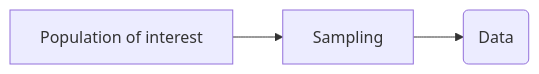
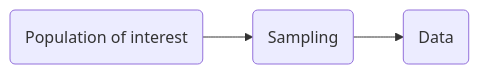
The first of 3 diagrams in content/post/statistics/eda/introduction.markdown (abehzadnia/blog), drawn with Mermaid before and after one commit. The commit also changed other lines of this file and 17 other files, not shown here.

```diff
--- a/content/post/statistics/eda/introduction.markdown
+++ b/content/post/statistics/eda/introduction.markdown
@@ -24,5 +26,5 @@
 {{<mermaid align="center">}}
 graph LR;
-    A[Population of interest] --> B[Sampling]
+    A(Population of interest) --> B(Sampling)
     B -->C(Data)
 {{< /mermaid >}}
```
